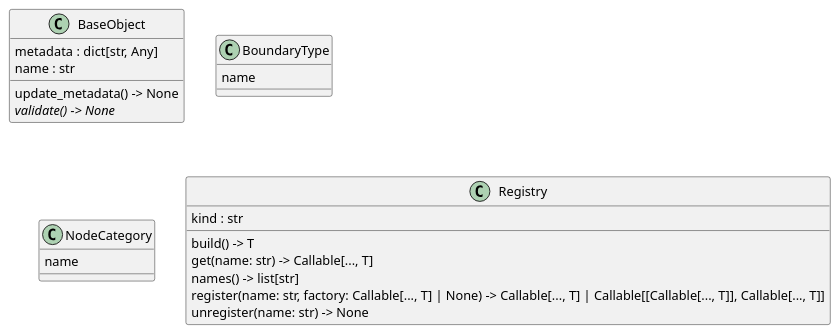
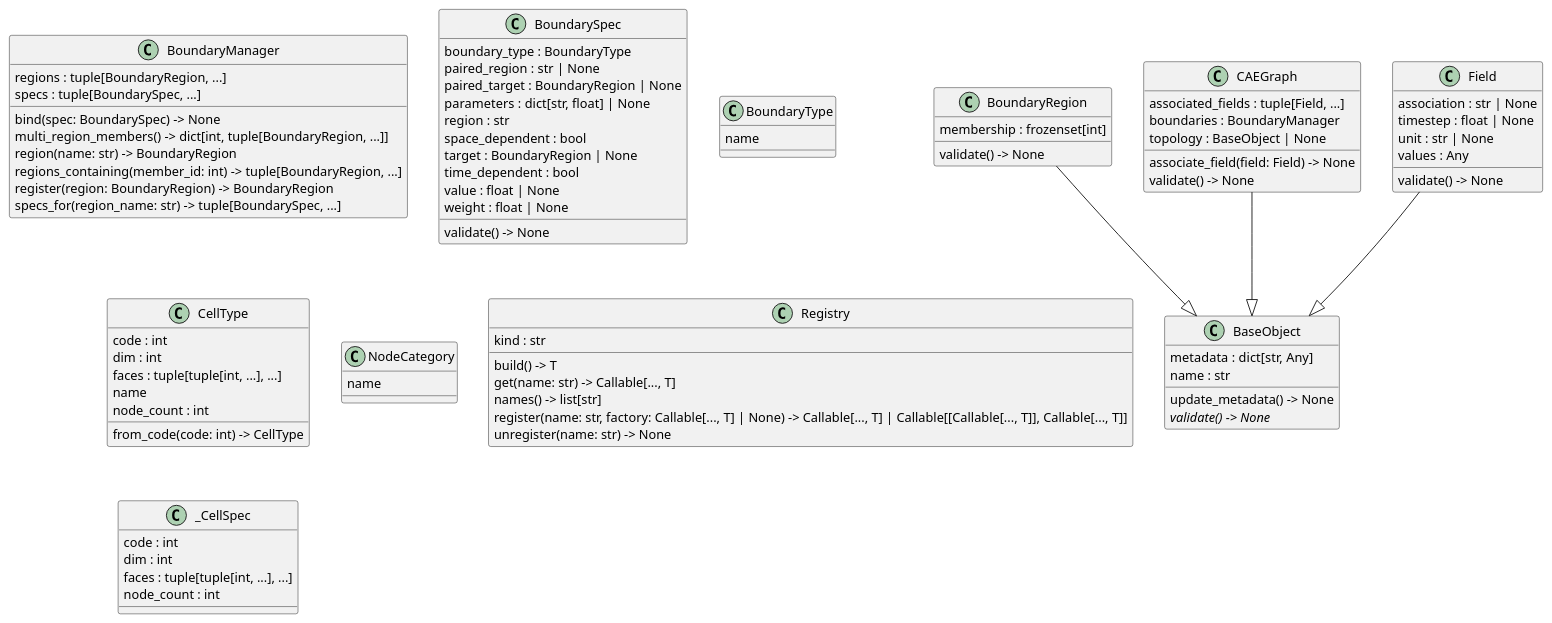
Before and after one commit to XYChouMian/caegraph: the diagram in diagrams/generated/classes_caegraph.puml, drawn with PlantUML. The commit also changed 15 other files, not shown here.

Commit message:
feat(core): add caegraph domain core and boundary vocabulary

```diff
--- a/diagrams/generated/classes_caegraph.puml
+++ b/diagrams/generated/classes_caegraph.puml
@@ -1,23 +1,81 @@
 @startuml classes_caegraph
 set namespaceSeparator none
 class "BaseObject" as caegraph.core.base.BaseObject {
   metadata : dict[str, Any]
   name : str
   update_metadata() -> None
   {abstract}validate() -> None
 }
+class "BoundaryManager" as caegraph.core.boundary.manager.BoundaryManager {
+  regions : tuple[BoundaryRegion, ...]
+  specs : tuple[BoundarySpec, ...]
+  bind(spec: BoundarySpec) -> None
+  multi_region_members() -> dict[int, tuple[BoundaryRegion, ...]]
+  region(name: str) -> BoundaryRegion
+  regions_containing(member_id: int) -> tuple[BoundaryRegion, ...]
+  register(region: BoundaryRegion) -> BoundaryRegion
+  specs_for(region_name: str) -> tuple[BoundarySpec, ...]
+}
+class "BoundaryRegion" as caegraph.core.boundary.region.BoundaryRegion {
+  membership : frozenset[int]
+  validate() -> None
+}
+class "BoundarySpec" as caegraph.core.boundary.spec.BoundarySpec {
+  boundary_type : BoundaryType
+  paired_region : str | None
+  paired_target : BoundaryRegion | None
+  parameters : dict[str, float] | None
+  region : str
+  space_dependent : bool
+  target : BoundaryRegion | None
+  time_dependent : bool
+  value : float | None
+  weight : float | None
+  validate() -> None
+}
 class "BoundaryType" as caegraph.core.enums.BoundaryType {
   name
+}
+class "CAEGraph" as caegraph.core.caegraph.CAEGraph {
+  associated_fields : tuple[Field, ...]
+  boundaries : BoundaryManager
+  topology : BaseObject | None
+  associate_field(field: Field) -> None
+  validate() -> None
+}
+class "CellType" as caegraph.core.celltype.CellType {
+  code : int
+  dim : int
+  faces : tuple[tuple[int, ...], ...]
+  name
+  node_count : int
+  from_code(code: int) -> CellType
+}
+class "Field" as caegraph.core.field.Field {
+  association : str | None
+  timestep : float | None
+  unit : str | None
+  values : Any
+  validate() -> None
 }
 class "NodeCategory" as caegraph.core.enums.NodeCategory {
   name
 }
 class "Registry" as caegraph.core.registry.Registry {
   kind : str
   build() -> T
   get(name: str) -> Callable[..., T]
   names() -> list[str]
   register(name: str, factory: Callable[..., T] | None) -> Callable[..., T] | Callable[[Callable[..., T]], Callable[..., T]]
   unregister(name: str) -> None
 }
+class "_CellSpec" as caegraph.core.celltype._CellSpec {
+  code : int
+  dim : int
+  faces : tuple[tuple[int, ...], ...]
+  node_count : int
+}
+caegraph.core.boundary.region.BoundaryRegion --|> caegraph.core.base.BaseObject
+caegraph.core.caegraph.CAEGraph --|> caegraph.core.base.BaseObject
+caegraph.core.field.Field --|> caegraph.core.base.BaseObject
 @enduml
```
